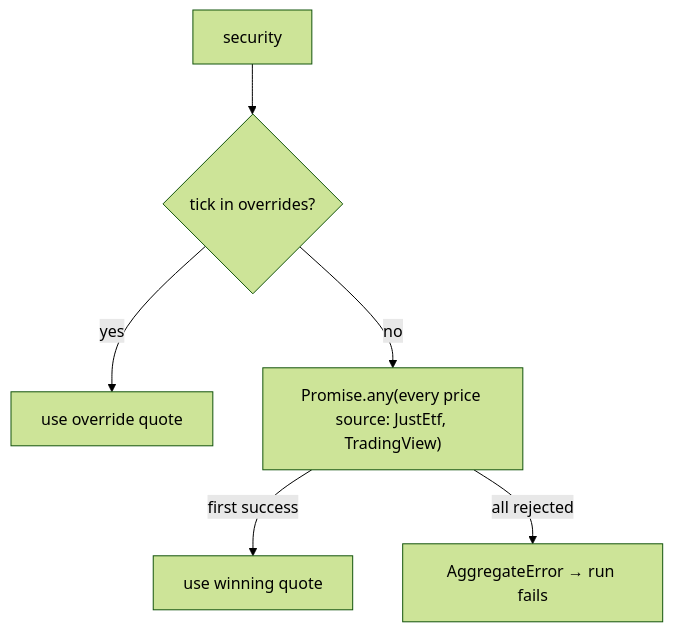
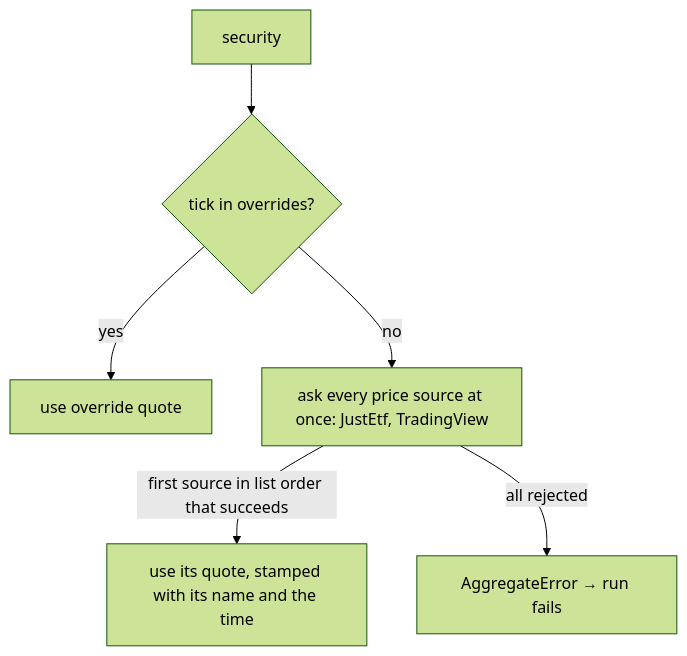
One commit to armaaar/stock-calc changed the diagram in docs/domain/market-data.md. Above: the diagram before and after it, drawn with Mermaid (forest theme). The commit also changed other lines of this file and 32 other files, not shown here.

Commit message:
feat: record each price's source and time and prefer sources in order

````diff
--- a/docs/domain/market-data.md
+++ b/docs/domain/market-data.md
@@ -28,8 +28,8 @@
 ```mermaid
 flowchart TD
   A[security] --> B{tick in overrides?}
   B -- yes --> Q[use override quote]
-  B -- no --> C["Promise.any(every price source: JustEtf, TradingView)"]
-  C -- first success --> Q2[use winning quote]
+  B -- no --> C["ask every price source at once: JustEtf, TradingView"]
+  C -- first source in list order that succeeds --> Q2[use its quote, stamped with its name and the time]
   C -- all rejected --> E[AggregateError → run fails]
 ```
````
